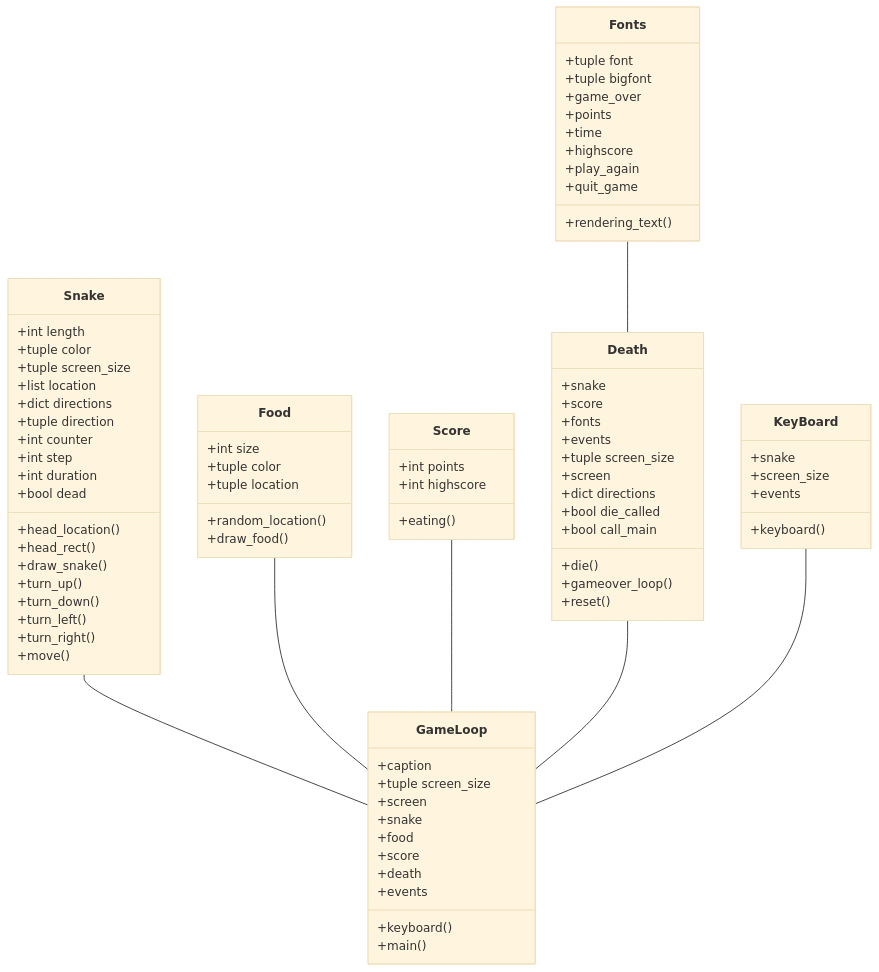
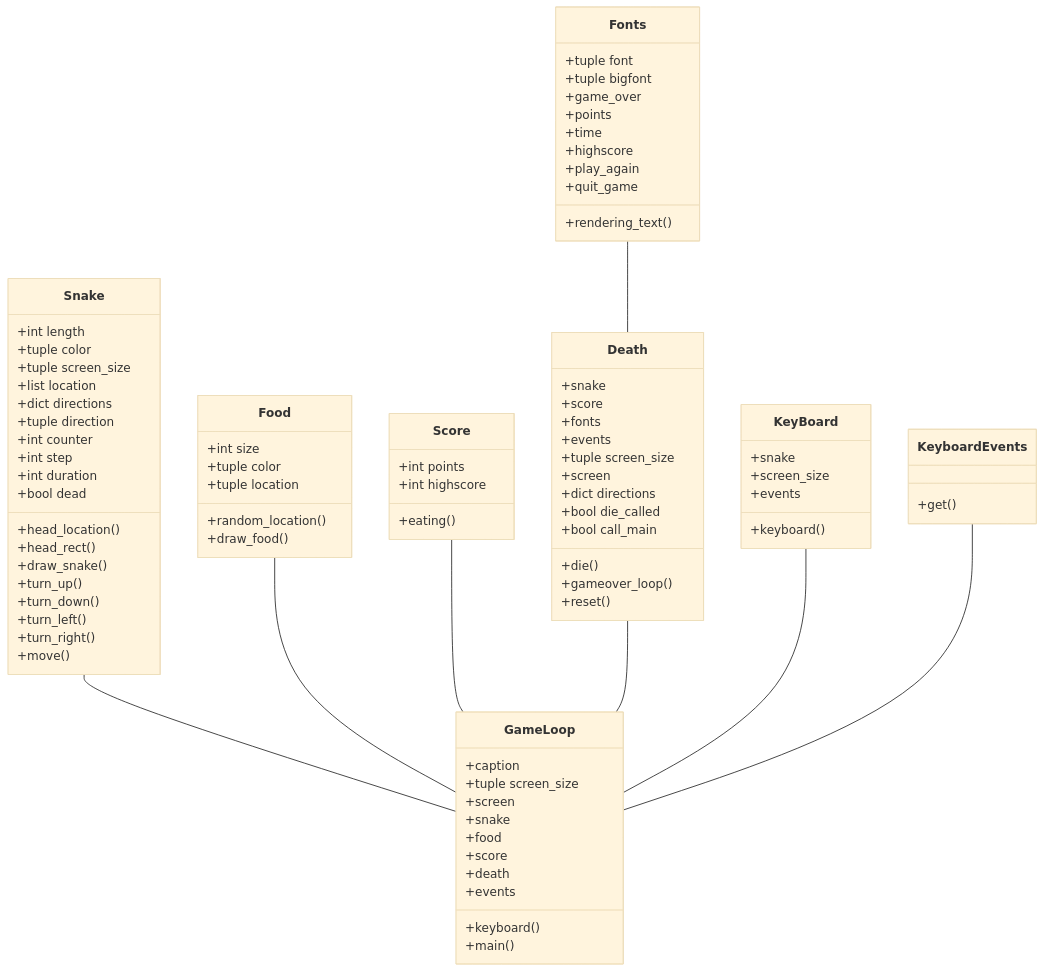
Before and after one commit to lottapispa/ot-harjoitystyo: the first of 3 diagrams in dokumentaatio/arkkitehtuuri.md, drawn with Mermaid (base theme). The commit also changed other lines of this file, not shown here.

````diff
--- a/dokumentaatio/arkkitehtuuri.md
+++ b/dokumentaatio/arkkitehtuuri.md
@@ -10,6 +10,7 @@
     Score -- GameLoop
     Death -- GameLoop
     KeyBoard -- GameLoop
+    KeyboardEvents -- GameLoop
     Fonts -- Death
     class Snake{
         +int length
@@ -86,4 +87,7 @@
         +events
         +keyboard()
     }
+    class KeyboardEvents{
+        +get()
+    }
 ```
````
